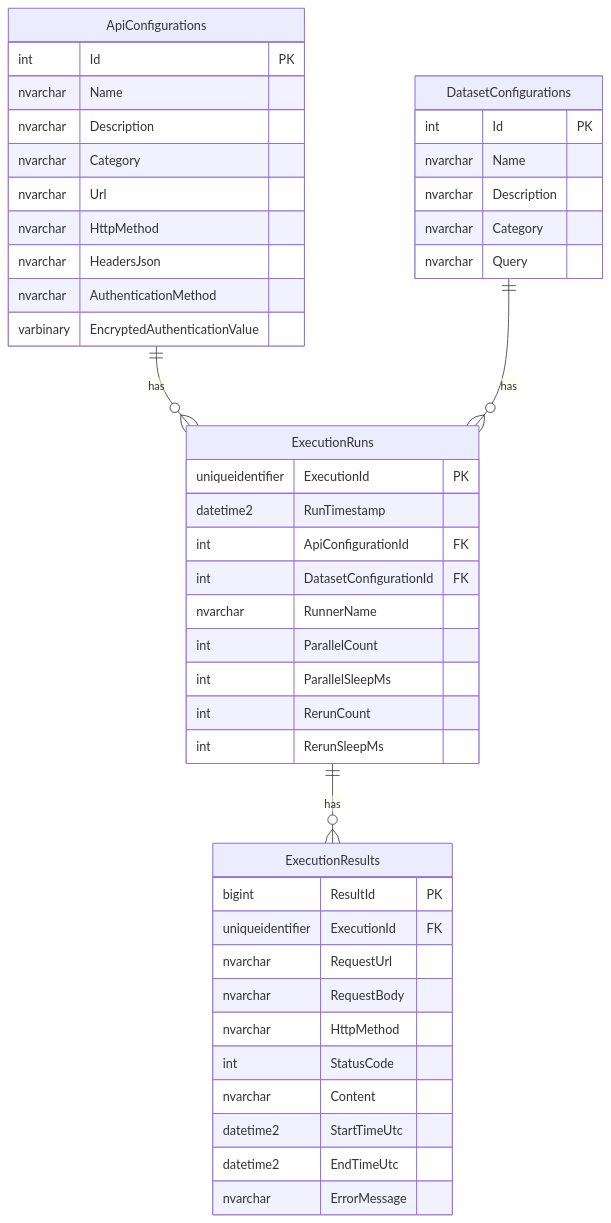
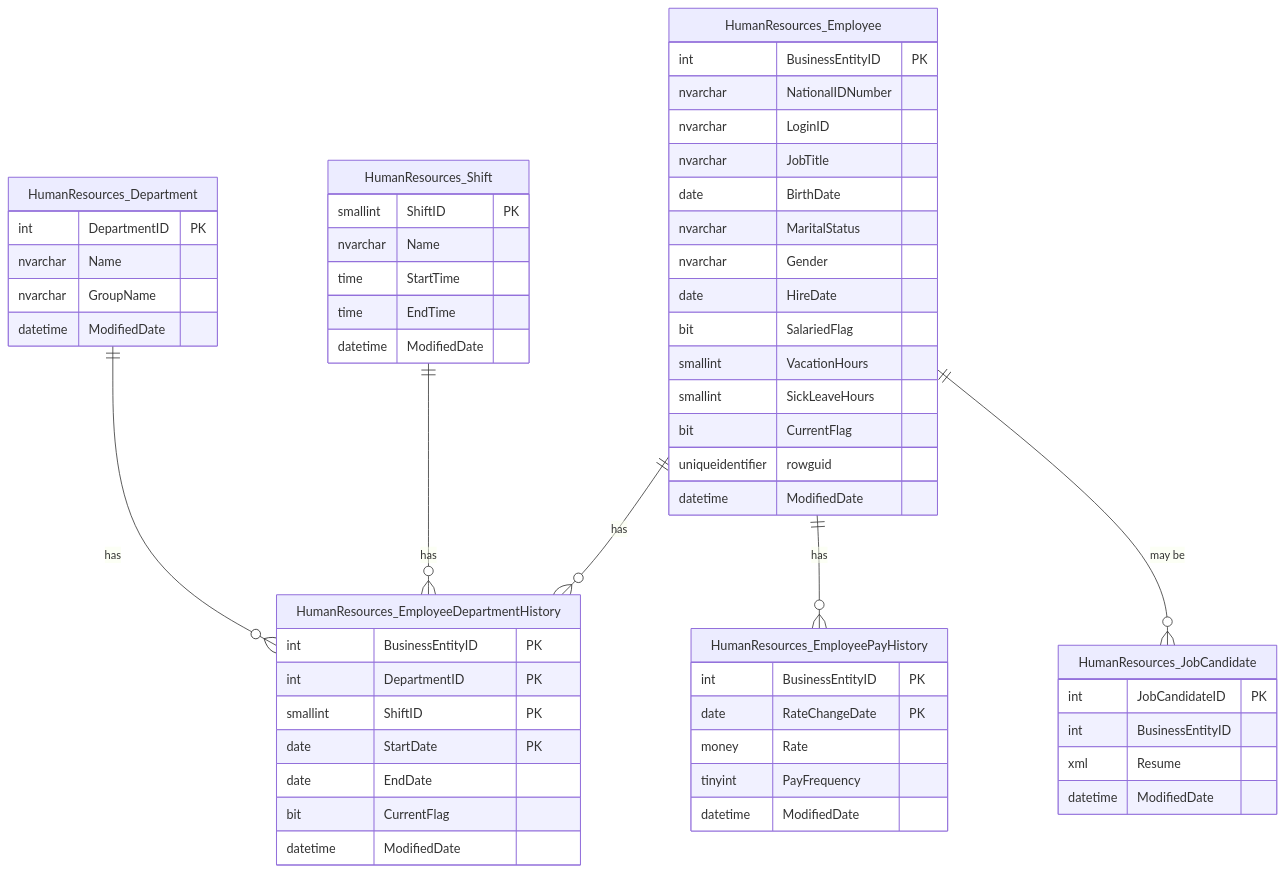
One commit to MCPRUNNER/mssqlMCP changed the first of 6 diagrams in EXAMPLE_USAGE.md. Above: the diagram before and after it, drawn with Mermaid. The commit also changed other lines of this file and 22 other files, not shown here.

````diff
--- a/EXAMPLE_USAGE.md
+++ b/EXAMPLE_USAGE.md
@@ -121,48 +32,60 @@
 ```mermaid
 erDiagram
-    ApiConfigurations {
-        int Id PK
+    HumanResources_Department {
+        int DepartmentID PK
         nvarchar Name
-        nvarchar Description
-        nvarchar Category
-        nvarchar Url
-        nvarchar HttpMethod
-        nvarchar HeadersJson
-        nvarchar AuthenticationMethod
-        varbinary EncryptedAuthenticationValue
+        nvarchar GroupName
+        datetime ModifiedDate
     }
-    DatasetConfigurations {
-        int Id PK
+    HumanResources_Employee {
+        int BusinessEntityID PK
+        nvarchar NationalIDNumber
+        nvarchar LoginID
+        nvarchar JobTitle
+        date BirthDate
+        nvarchar MaritalStatus
+        nvarchar Gender
+        date HireDate
+        bit SalariedFlag
+        smallint VacationHours
+        smallint SickLeaveHours
+        bit CurrentFlag
+        uniqueidentifier rowguid
+        datetime ModifiedDate
+    }
+    HumanResources_EmployeeDepartmentHistory {
+        int BusinessEntityID PK
+        int DepartmentID PK
+        smallint ShiftID PK
+        date StartDate PK
+        date EndDate
+        bit CurrentFlag
+        datetime ModifiedDate
+    }
+    HumanResources_EmployeePayHistory {
+        int BusinessEntityID PK
+        date RateChangeDate PK
+        money Rate
+        tinyint PayFrequency
+        datetime ModifiedDate
+    }
+    HumanResources_JobCandidate {
+        int JobCandidateID PK
+        int BusinessEntityID
+        xml Resume
+        datetime ModifiedDate
+    }
+    HumanResources_Shift {
+        smallint ShiftID PK
         nvarchar Name
-        nvarchar Description
-        nvarchar Category
-        nvarchar Query
-    }
-    ExecutionRuns {
-        uniqueidentifier ExecutionId PK
-        datetime2 RunTimestamp
-        int ApiConfigurationId FK
-        int DatasetConfigurationId FK
-        nvarchar RunnerName
-        int ParallelCount
-        int ParallelSleepMs
-        int RerunCount
-        int RerunSleepMs
-    }
-    ExecutionResults {
-        bigint ResultId PK
-        uniqueidentifier ExecutionId FK
-        nvarchar RequestUrl
-        nvarchar RequestBody
-        nvarchar HttpMethod
-        int StatusCode
-        nvarchar Content
-        datetime2 StartTimeUtc
-        datetime2 EndTimeUtc
-        nvarchar ErrorMessage
+        time StartTime
+        time EndTime
+        datetime ModifiedDate
     }
 
-    ApiConfigurations ||--o{ ExecutionRuns : "has"
-    DatasetConfigurations ||--o{ ExecutionRuns : "has"
-    ExecutionRuns ||--o{ ExecutionResults : "has"
+    HumanResources_Department ||--o{ HumanResources_EmployeeDepartmentHistory : "has"
+    HumanResources_Employee ||--o{ HumanResources_EmployeeDepartmentHistory : "has"
+    HumanResources_Shift ||--o{ HumanResources_EmployeeDepartmentHistory : "has"
+    HumanResources_Employee ||--o{ HumanResources_EmployeePayHistory : "has"
+    HumanResources_Employee ||--o{ HumanResources_JobCandidate : "may be"
 ```
````
